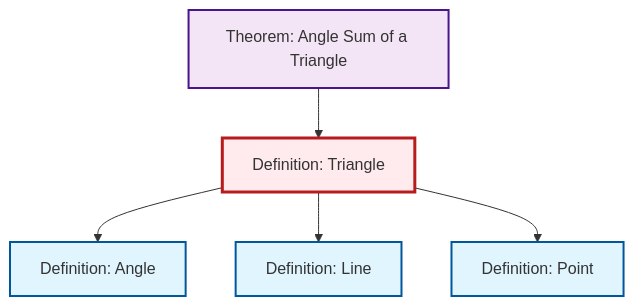
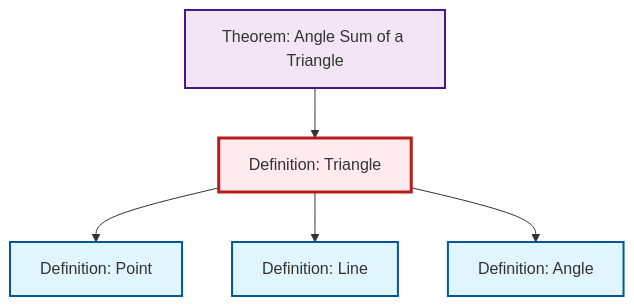
Before and after one commit to RK0429/ModernMath: the diagram in content/en/geometry/def-triangle.qmd, drawn with Mermaid. The commit also changed other lines of this file and 328 other files, not shown here.

````diff
--- a/content/en/geometry/def-triangle.qmd
+++ b/content/en/geometry/def-triangle.qmd
@@ -59,23 +59,23 @@
 ```{mermaid}
 %%| fig-cap: "Local dependency graph"
 graph TD
     classDef definition fill:#e1f5fe,stroke:#01579b,stroke-width:2px
     classDef theorem fill:#f3e5f5,stroke:#4a148c,stroke-width:2px
     classDef axiom fill:#fff3e0,stroke:#e65100,stroke-width:2px
     classDef example fill:#e8f5e9,stroke:#1b5e20,stroke-width:2px
     classDef current fill:#ffebee,stroke:#b71c1c,stroke-width:3px
+    def-angle["Definition: Angle"]:::definition
+    thm-angle-sum-triangle["Theorem: Angle Sum of a Triangle"]:::theorem
     def-line["Definition: Line"]:::definition
+    def-point["Definition: Point"]:::definition
     def-triangle["Definition: Triangle"]:::definition
-    def-angle["Definition: Angle"]:::definition
-    def-point["Definition: Point"]:::definition
-    thm-angle-sum-triangle["Theorem: Angle Sum of a Triangle"]:::theorem
+    def-triangle --> def-point
+    def-triangle --> def-line
+    thm-angle-sum-triangle --> def-triangle
     def-triangle --> def-angle
-    def-triangle --> def-line
-    def-triangle --> def-point
-    thm-angle-sum-triangle --> def-triangle
     class def-triangle current
+    click def-angle "def-angle.html" "Go to Angle definition"
+    click thm-angle-sum-triangle "thm-angle-sum-triangle.html" "Go to Angle Sum of a Triangle theorem"
     click def-line "def-line.html" "Go to Line definition"
-    click def-angle "def-angle.html" "Go to Angle definition"
     click def-point "def-point.html" "Go to Point definition"
-    click thm-angle-sum-triangle "thm-angle-sum-triangle.html" "Go to Angle Sum of a Triangle theorem"
 ```
````
